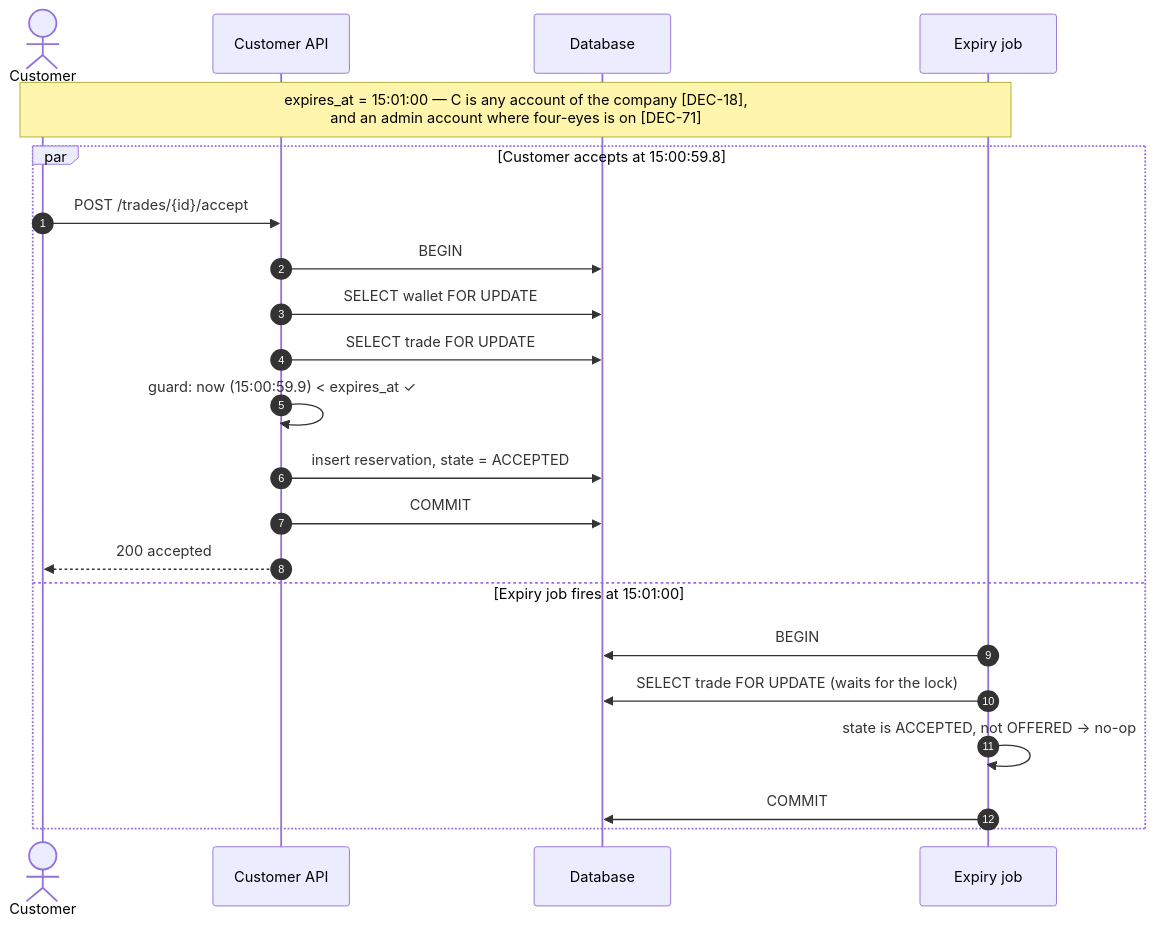
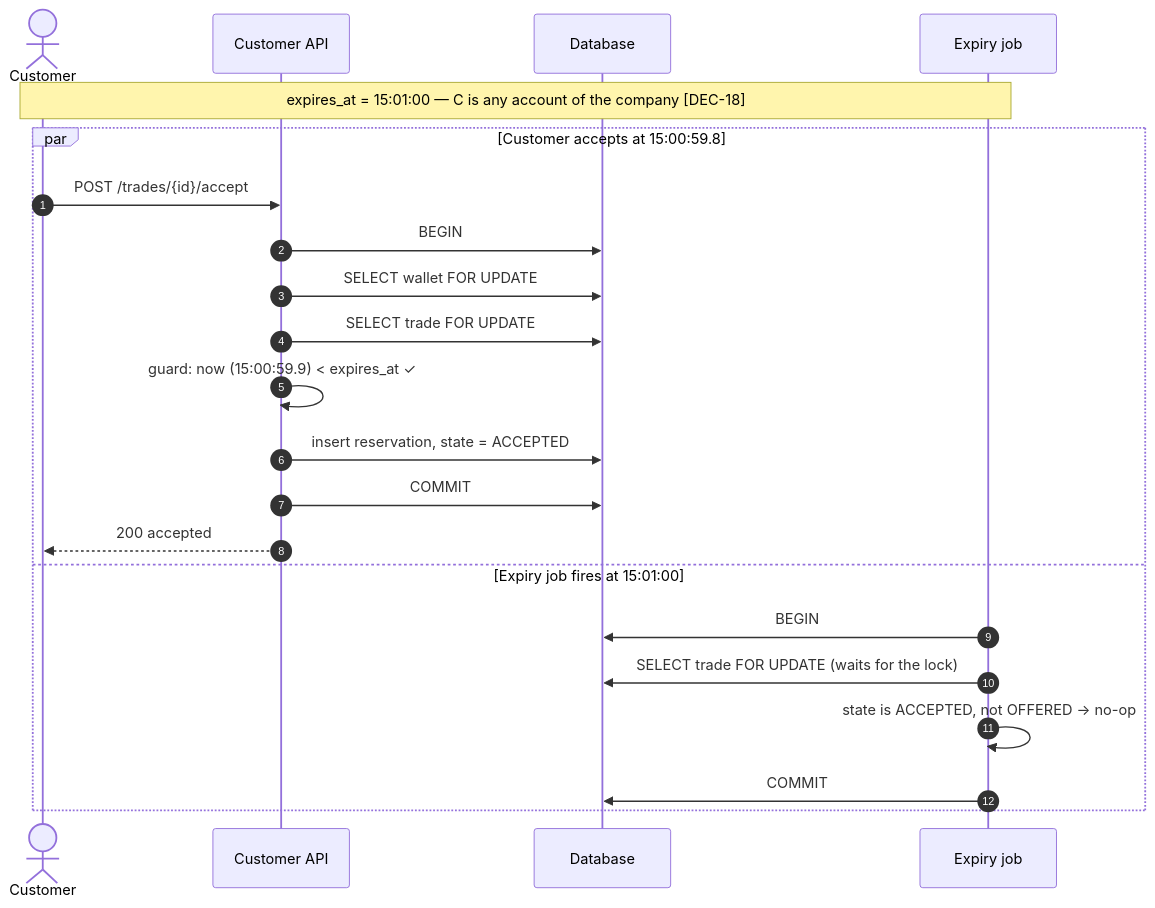
One commit to lukastosic-ifd/peakpowerspecs changed the fifth of 5 diagrams in specs/40-processes/01-trade-lifecycle.md. Above: the diagram before and after it, drawn with Mermaid. The commit also changed other lines of this file and 40 other files, not shown here.

First line of the commit message:
DEC-179: the four-eyes rule is removed (#21)

````diff
--- a/specs/40-processes/01-trade-lifecycle.md
+++ b/specs/40-processes/01-trade-lifecycle.md
@@ -314,26 +239,26 @@
 ```mermaid
 sequenceDiagram
     autonumber
     actor C as Customer
     participant API as Customer API
     participant DB as Database
     participant JOB as Expiry job
 
-    Note over C,JOB: expires_at = 15:01:00 — C is any account of the company [DEC-18],<br/>and an admin account where four-eyes is on [DEC-71]
+    Note over C,JOB: expires_at = 15:01:00 — C is any account of the company [DEC-18]
 
     par Customer accepts at 15:00:59.8
         C->>API: POST /trades/{id}/accept
         API->>DB: BEGIN
         API->>DB: SELECT wallet FOR UPDATE
         API->>DB: SELECT trade FOR UPDATE
         API->>API: guard: now (15:00:59.9) < expires_at ✓
         API->>DB: insert reservation, state = ACCEPTED
         API->>DB: COMMIT
         API-->>C: 200 accepted
     and Expiry job fires at 15:01:00
         JOB->>DB: BEGIN
         JOB->>DB: SELECT trade FOR UPDATE (waits for the lock)
         JOB->>JOB: state is ACCEPTED, not OFFERED → no-op
         JOB->>DB: COMMIT
     end
 ```
````
